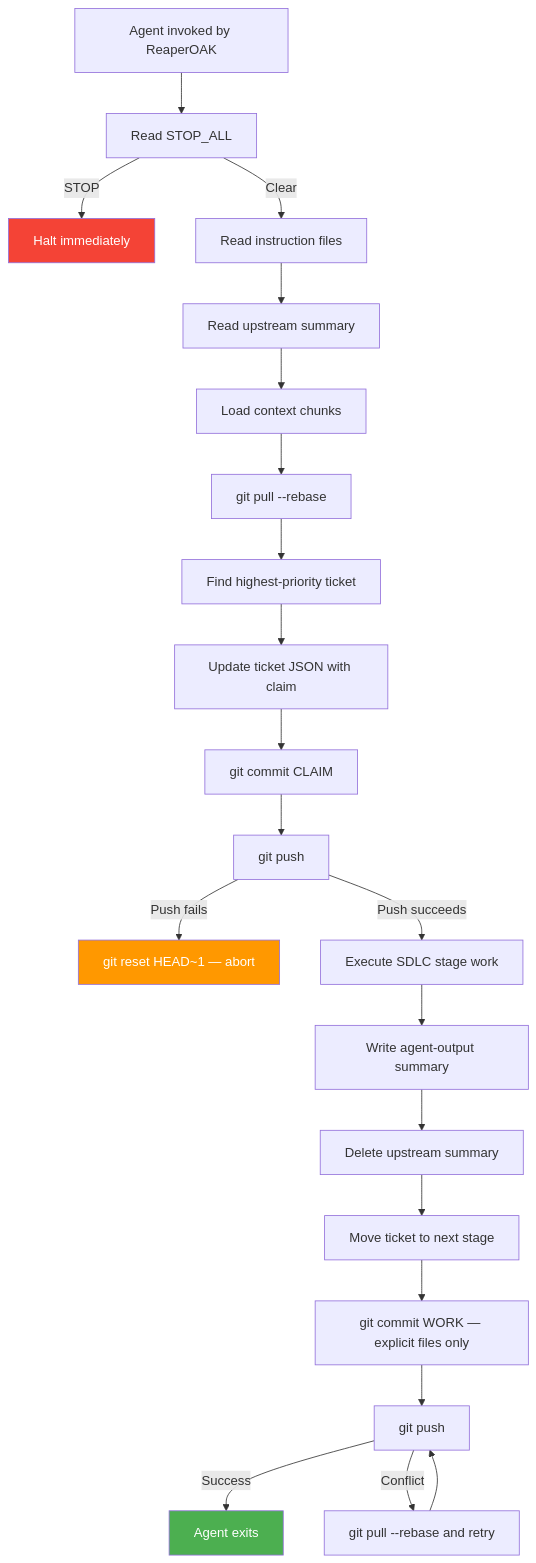
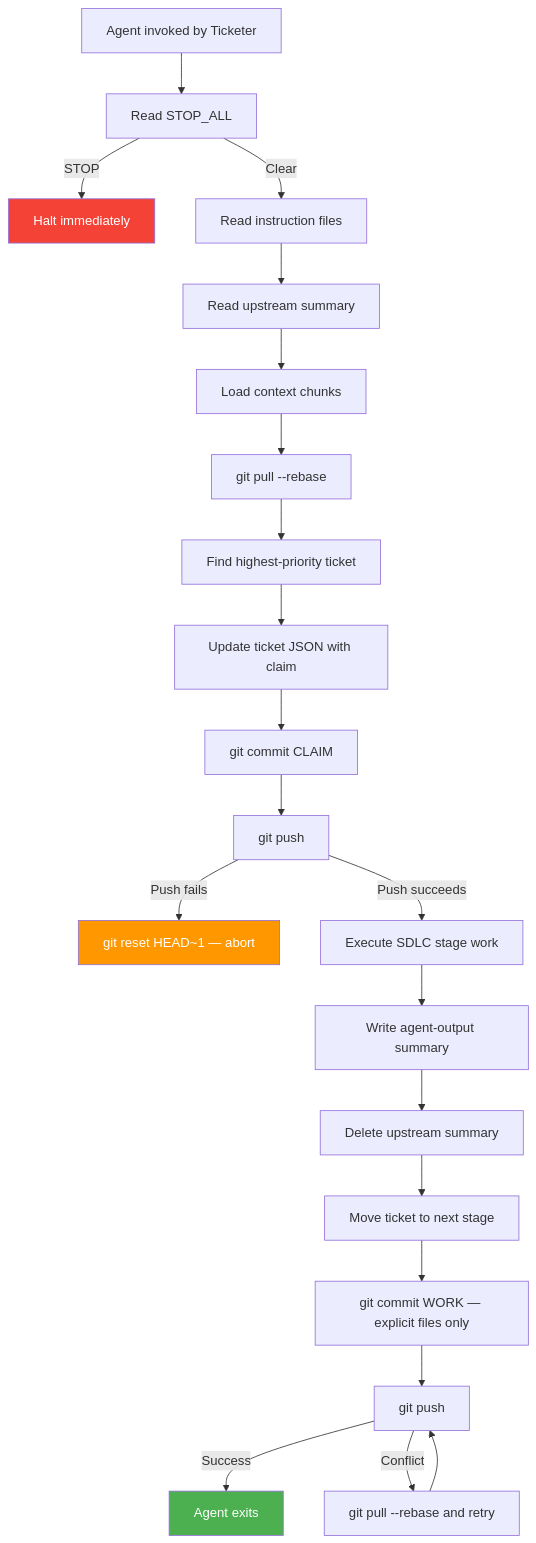
The second of 5 diagrams in docs/product/user-personas.md (ReaperOAK/ForgeOS), drawn with Mermaid before and after one commit. The commit also changed other lines of this file and 418 other files, not shown here.

Commit message:
ReaperOAK -> Ticketer

````diff
--- a/docs/product/user-personas.md
+++ b/docs/product/user-personas.md
@@ -304,32 +304,32 @@
 ```mermaid
 flowchart TD
-    A[Agent invoked by ReaperOAK] --> B[Read STOP_ALL]
+    A[Agent invoked by Ticketer] --> B[Read STOP_ALL]
     B -->|STOP| C[Halt immediately]
     B -->|Clear| D[Read instruction files]
 
     D --> E[Read upstream summary]
     E --> F[Load context chunks]
 
     F --> G[git pull --rebase]
     G --> H[Find highest-priority ticket]
     H --> I[Update ticket JSON with claim]
     I --> J[git commit CLAIM]
     J --> K[git push]
 
     K -->|Push fails| L[git reset HEAD~1 — abort]
     K -->|Push succeeds| M[Execute SDLC stage work]
 
     M --> N[Write agent-output summary]
     N --> O[Delete upstream summary]
     O --> P[Move ticket to next stage]
     P --> Q[git commit WORK — explicit files only]
     Q --> R[git push]
 
     R -->|Success| S[Agent exits]
     R -->|Conflict| T[git pull --rebase and retry]
     T --> R
 
     style C fill:#f44336,color:#fff
     style L fill:#FF9800,color:#fff
     style S fill:#4CAF50,color:#fff
 ```
````
